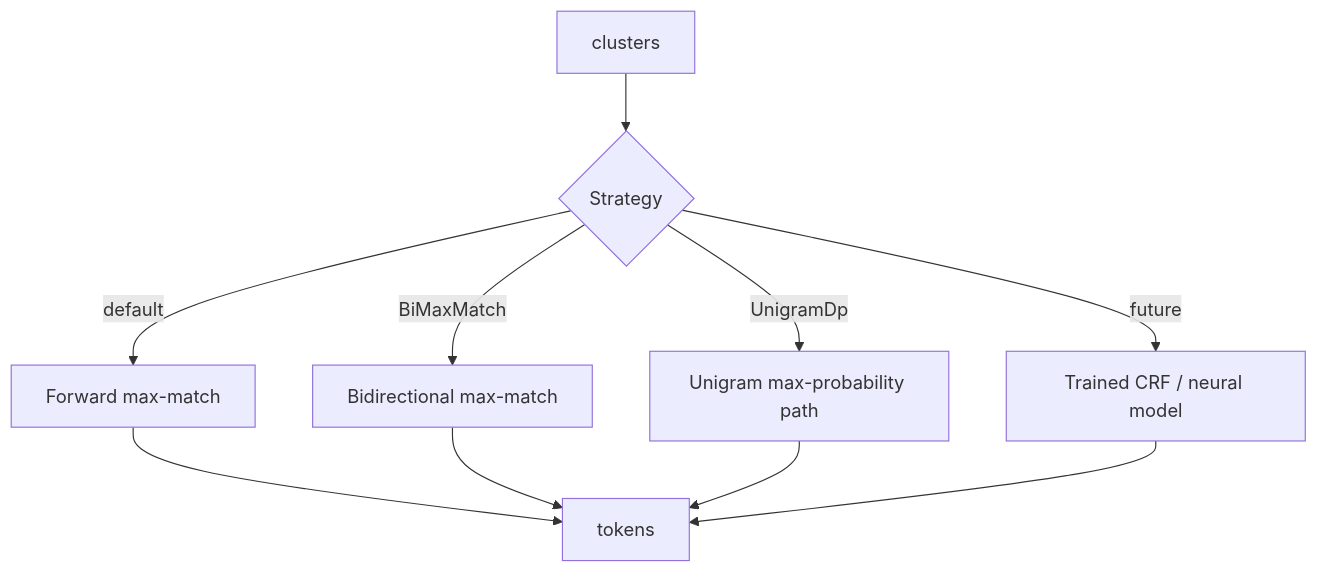
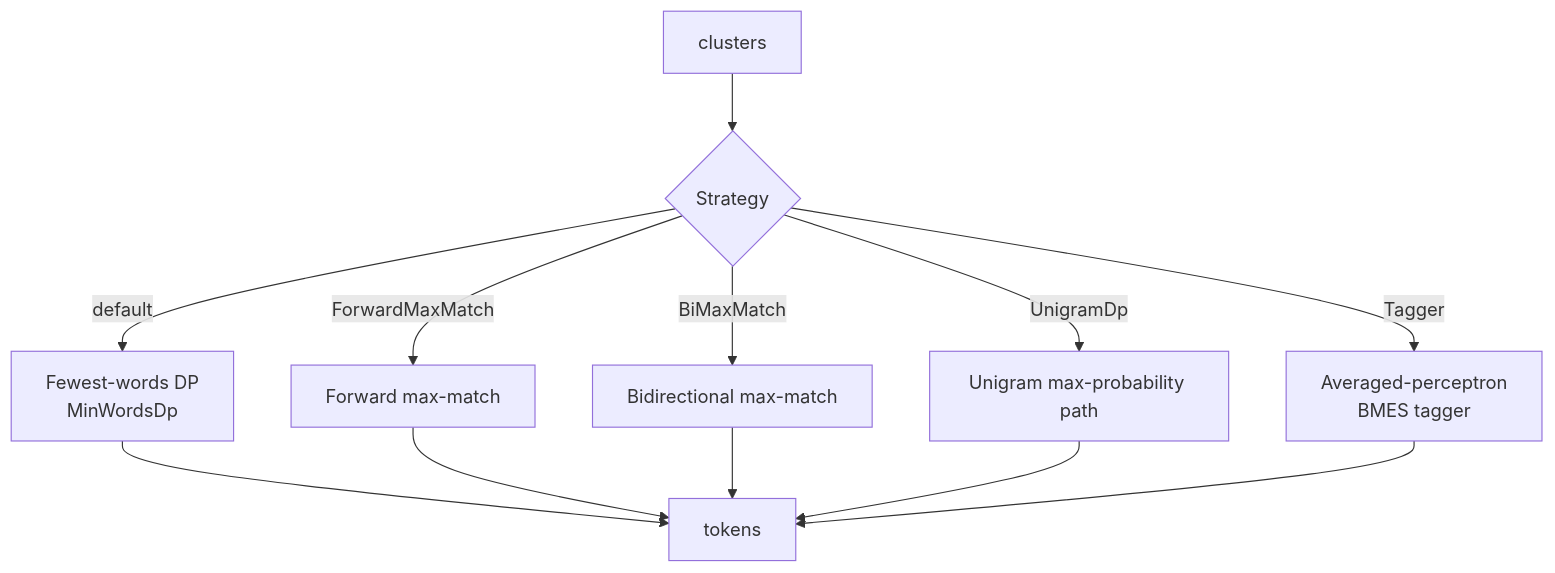
Before and after one commit to Alujack/khmer-tokenizer: the second of 5 diagrams in docs/ARCHITECTURE.md, drawn with Mermaid. The commit also changed other lines of this file and 35 other files, not shown here.

````diff
--- a/docs/ARCHITECTURE.md
+++ b/docs/ARCHITECTURE.md
@@ -108,12 +117,14 @@
 ```mermaid
 flowchart TB
     IN[clusters] --> S{Strategy}
-    S -->|default| FM[Forward max-match]
+    S -->|default| MW[Fewest-words DP<br/>MinWordsDp]
+    S -->|ForwardMaxMatch| FM[Forward max-match]
     S -->|BiMaxMatch| BM[Bidirectional max-match]
     S -->|UnigramDp| DP[Unigram max-probability path]
-    S -->|future| ML[Trained CRF / neural model]
-    FM --> OUT[tokens]
+    S -->|Tagger| ML[Averaged-perceptron<br/>BMES tagger]
+    MW --> OUT[tokens]
+    FM --> OUT
     BM --> OUT
     DP --> OUT
     ML --> OUT
 ```
````
